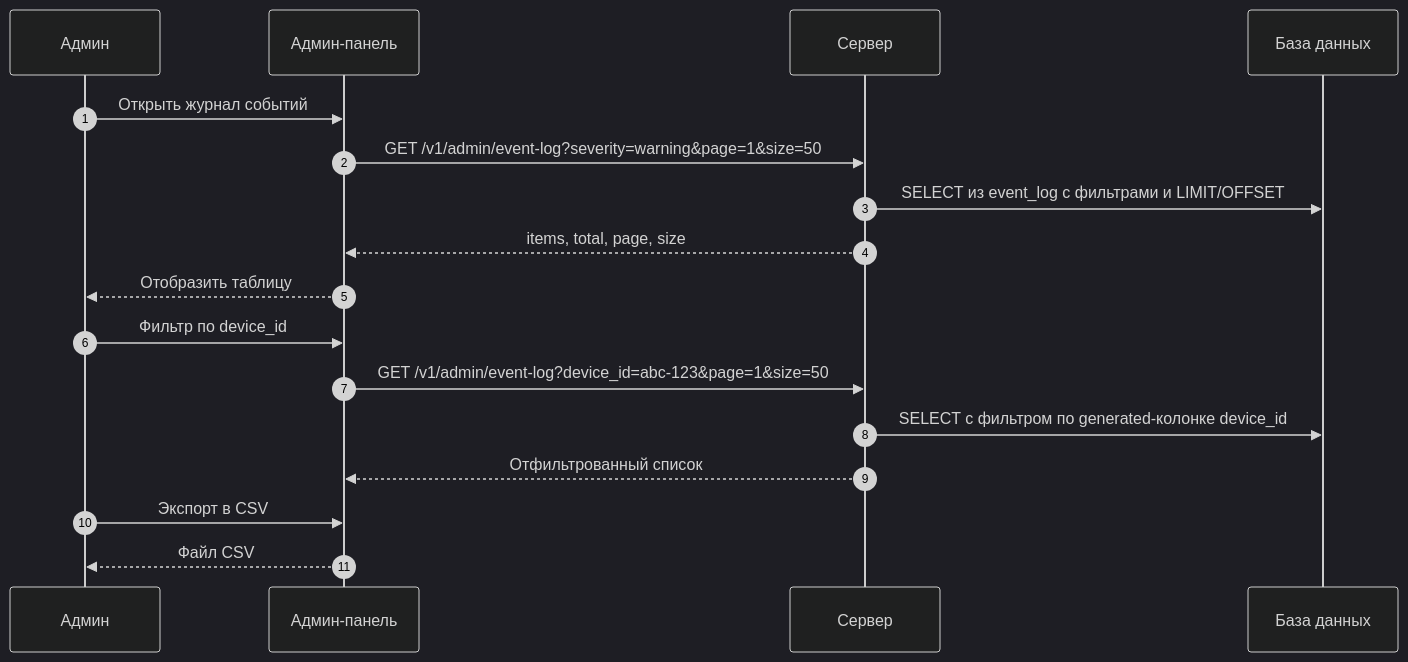
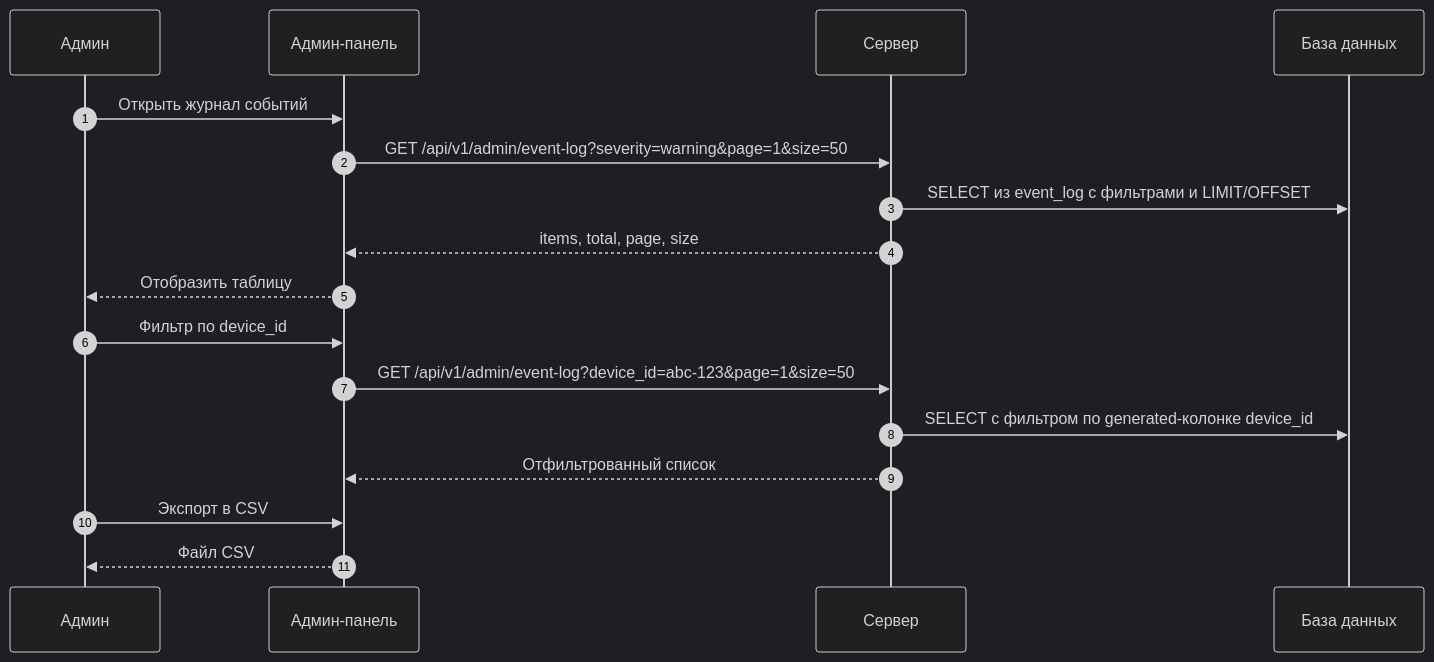
Before and after one commit to SP4CEVI/iasu-2.0: diagram 13 of 15 in docs/concept.md, drawn with Mermaid (dark theme). The commit also changed other lines of this file, not shown here.

````diff
--- a/docs/concept.md
+++ b/docs/concept.md
@@ -1450,20 +1529,20 @@
 ```mermaid
 sequenceDiagram
     autonumber
     participant Admin as Админ
     participant Web as Админ-панель
     participant API as Сервер
     participant DB as База данных
 
     Admin->>Web: Открыть журнал событий
-    Web->>API: GET /v1/admin/event-log?severity=warning&page=1&size=50
+    Web->>API: GET /api/v1/admin/event-log?severity=warning&page=1&size=50
     API->>DB: SELECT из event_log с фильтрами и LIMIT/OFFSET
     API-->>Web: items, total, page, size
     Web-->>Admin: Отобразить таблицу
     Admin->>Web: Фильтр по device_id
-    Web->>API: GET /v1/admin/event-log?device_id=abc-123&page=1&size=50
+    Web->>API: GET /api/v1/admin/event-log?device_id=abc-123&page=1&size=50
     API->>DB: SELECT с фильтром по generated-колонке device_id
     API-->>Web: Отфильтрованный список
     Admin->>Web: Экспорт в CSV
     Web-->>Admin: Файл CSV
 ```
````
